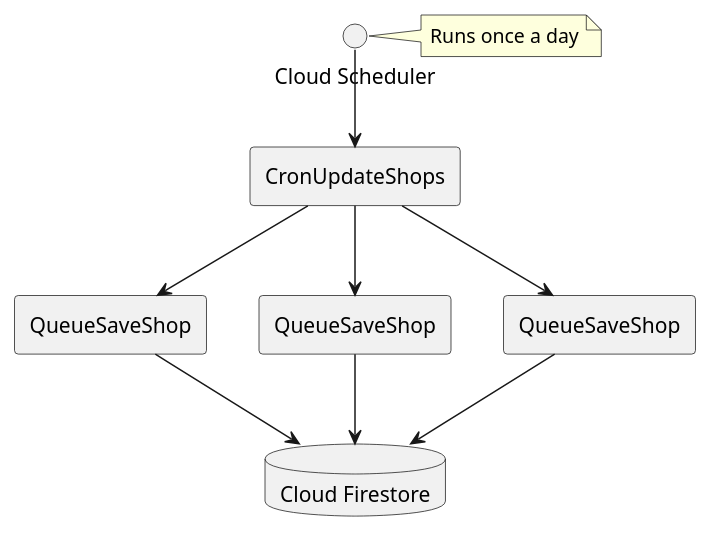
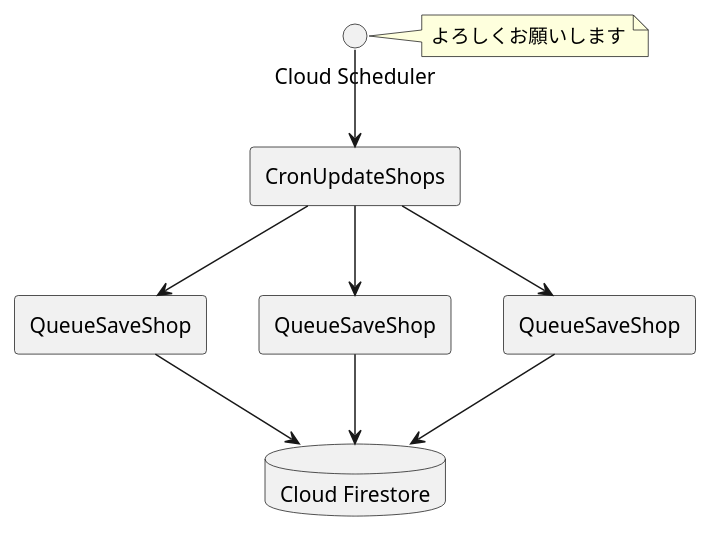
One commit to daichi-kiyozaki/puml_GA changed the diagram in puml/test.puml. Above: the diagram before and after it, drawn with PlantUML.

```diff
--- a/puml/test.puml
+++ b/puml/test.puml
@@ -1,21 +1,21 @@
 @startuml
 skinparam {
    defaultFontName NotoSansCJKjp-Regular
    }
    interface "Cloud Scheduler" as CloudScheduler
-   note right of CloudScheduler : Runs once a day
+   note right of CloudScheduler : よろしくお願いします
 
    agent CronUpdateShops
    agent QueueSaveShop as QueueSaveShop1
    agent QueueSaveShop as QueueSaveShop2
    agent QueueSaveShop as QueueSaveShop3
    database "Cloud Firestore" as CloudFirestore
 
    CloudScheduler -down-> CronUpdateShops
    CronUpdateShops -down-> QueueSaveShop1
    CronUpdateShops -down-> QueueSaveShop2
    CronUpdateShops -down-> QueueSaveShop3
    QueueSaveShop1 -down-> CloudFirestore
    QueueSaveShop2 -down-> CloudFirestore
    QueueSaveShop3 -down-> CloudFirestore
 @enduml
```
